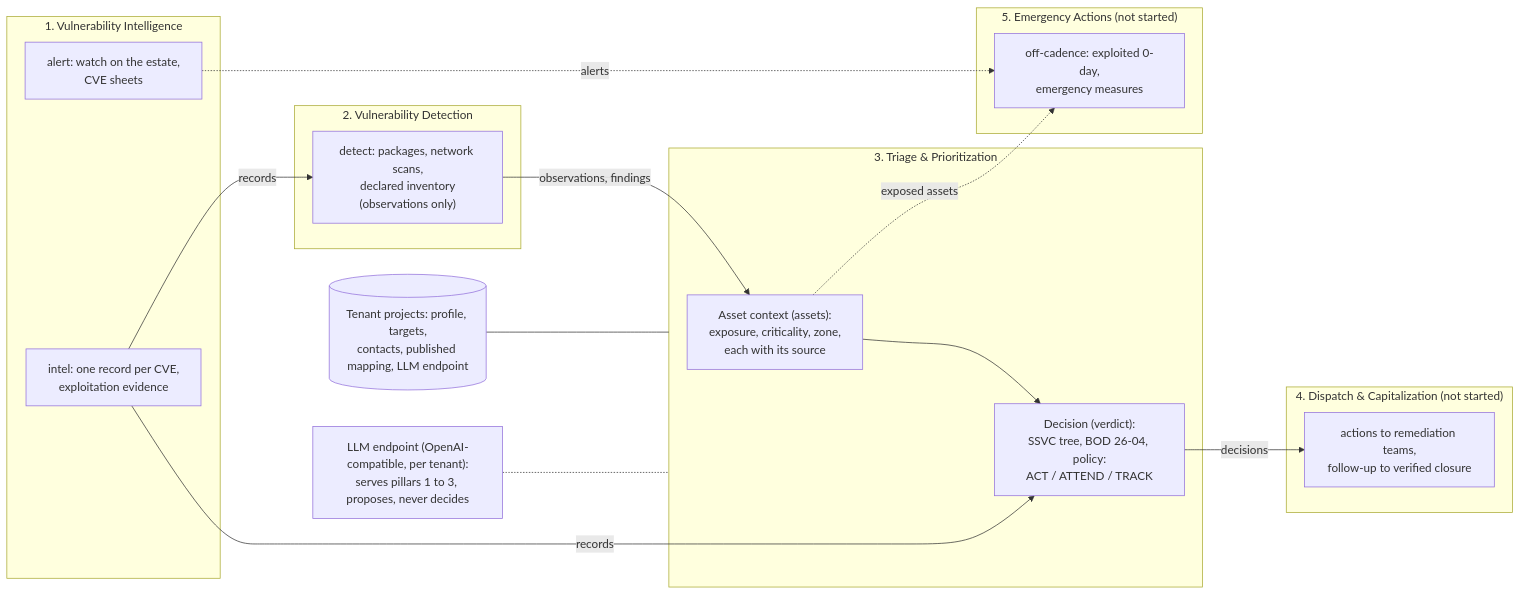
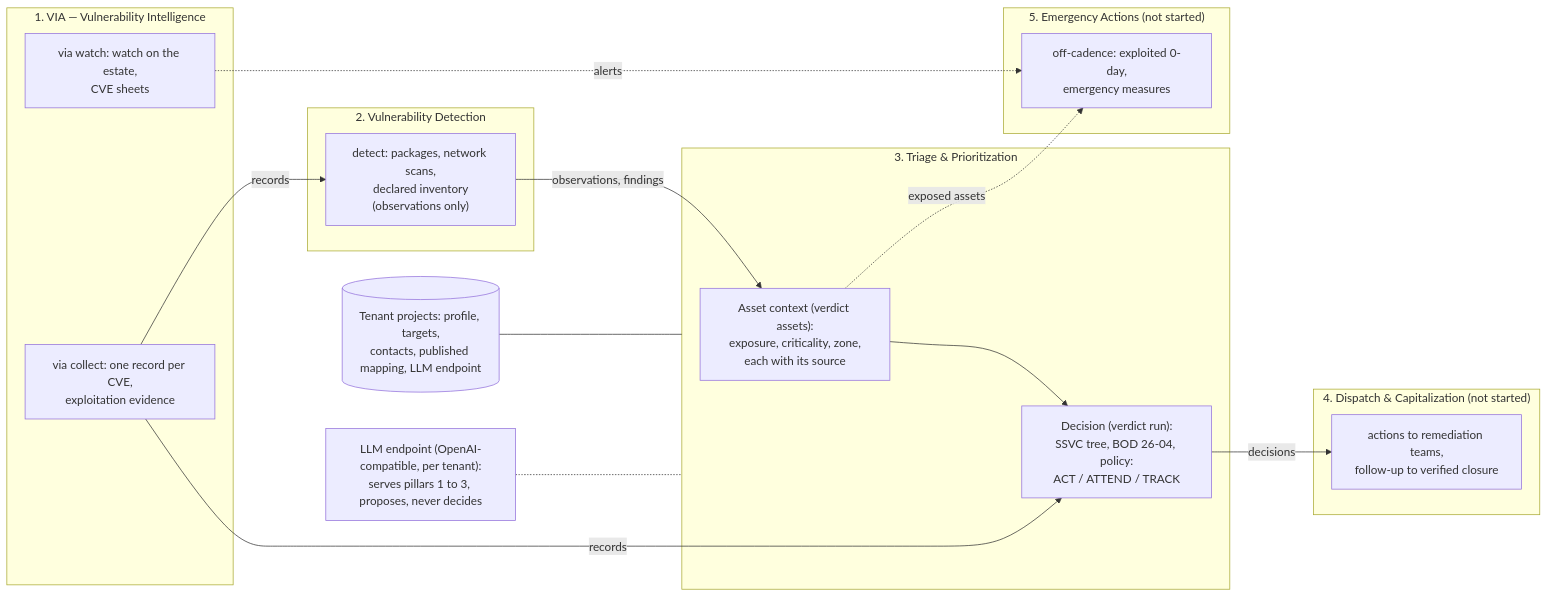
The first of 2 diagrams in docs/hld/00-product-strategy.md (sylf74/a2vm), drawn with Mermaid before and after one commit. The commit also changed other lines of this file and 135 other files, not shown here.

First line of the commit message:
Repository organised by pillar: vulnops contract, via, detect, verdict (v0.10.0)

````diff
--- a/docs/hld/00-product-strategy.md
+++ b/docs/hld/00-product-strategy.md
@@ -65,33 +65,33 @@
 ```mermaid
 flowchart LR
-  subgraph P1["1. Vulnerability Intelligence"]
-    intel["intel: one record per CVE,<br/>exploitation evidence"]
-    alert["alert: watch on the estate,<br/>CVE sheets"]
+  subgraph P1["1. VIA — Vulnerability Intelligence"]
+    intel["via collect: one record per CVE,<br/>exploitation evidence"]
+    alert["via watch: watch on the estate,<br/>CVE sheets"]
   end
   subgraph P2["2. Vulnerability Detection"]
     detect["detect: packages, network scans,<br/>declared inventory<br/>(observations only)"]
   end
   subgraph P3["3. Triage & Prioritization"]
-    assets["Asset context (assets):<br/>exposure, criticality, zone,<br/>each with its source"]
-    decision["Decision (verdict):<br/>SSVC tree, BOD 26-04, policy:<br/>ACT / ATTEND / TRACK"]
+    assets["Asset context (verdict assets):<br/>exposure, criticality, zone,<br/>each with its source"]
+    decision["Decision (verdict run):<br/>SSVC tree, BOD 26-04, policy:<br/>ACT / ATTEND / TRACK"]
   end
   subgraph P4["4. Dispatch & Capitalization (not started)"]
     dispatch["actions to remediation teams,<br/>follow-up to verified closure"]
   end
   subgraph P5["5. Emergency Actions (not started)"]
     emergency["off-cadence: exploited 0-day,<br/>emergency measures"]
   end
 
   intel -- records --> detect
   detect -- "observations, findings" --> assets
   assets --> decision
   intel -- records --> decision
   decision -- decisions --> dispatch
   alert -. alerts .-> emergency
   assets -. exposed assets .-> emergency
 
   tenants[("Tenant projects: profile, targets,<br/>contacts, published mapping, LLM endpoint")]
   llm["LLM endpoint (OpenAI-compatible, per tenant):<br/>serves pillars 1 to 3, proposes, never decides"]
   tenants --- P3
   llm -.- P3
 ```
````
